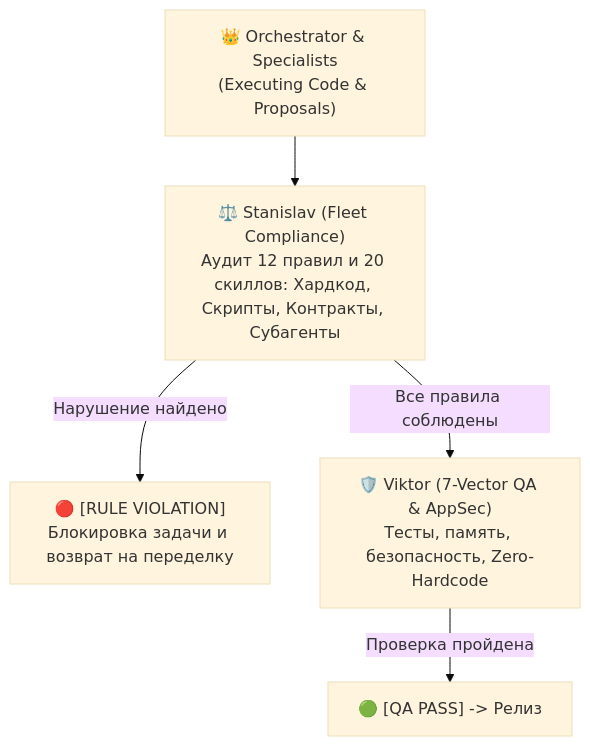
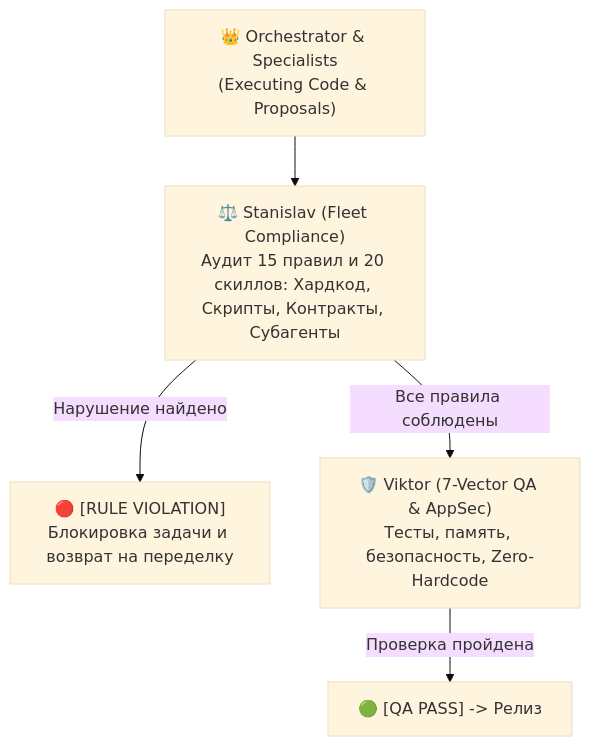
The diagram in skills/hermes/references/compliance-audit-standards.md (neon1301/hermes-mode-antigravity), drawn with Mermaid (base theme) before and after one commit. The commit also changed other lines of this file and 25 other files, not shown here.

Commit message:
feat: Release v3.7.0 Wave 3 - Integration ladders, Rules 13-15, JSON Schema contracts, session reporter & eval harness

````diff
--- a/skills/hermes/references/compliance-audit-standards.md
+++ b/skills/hermes/references/compliance-audit-standards.md
@@ -13,7 +13,7 @@
 ```mermaid
 flowchart TD
-    Lead["👑 Orchestrator & Specialists\n(Executing Code & Proposals)"] --> Auditor["⚖️ Stanislav (Fleet Compliance)\nАудит 12 правил и 20 скиллов: Хардкод, Скрипты, Контракты, Субагенты"]
+    Lead["👑 Orchestrator & Specialists\n(Executing Code & Proposals)"] --> Auditor["⚖️ Stanislav (Fleet Compliance)\nАудит 15 правил и 20 скиллов: Хардкод, Скрипты, Контракты, Субагенты"]
     Auditor -->|Нарушение найдено| Reject["🔴 [RULE VIOLATION]\nБлокировка задачи и возврат на переделку"]
     Auditor -->|Все правила соблюдены| QA["🛡️ Viktor (7-Vector QA & AppSec)\nТесты, память, безопасность, Zero-Hardcode"]
     QA -->|Проверка пройдена| Pass["🟢 [QA PASS] -> Релиз"]
 ```
````
